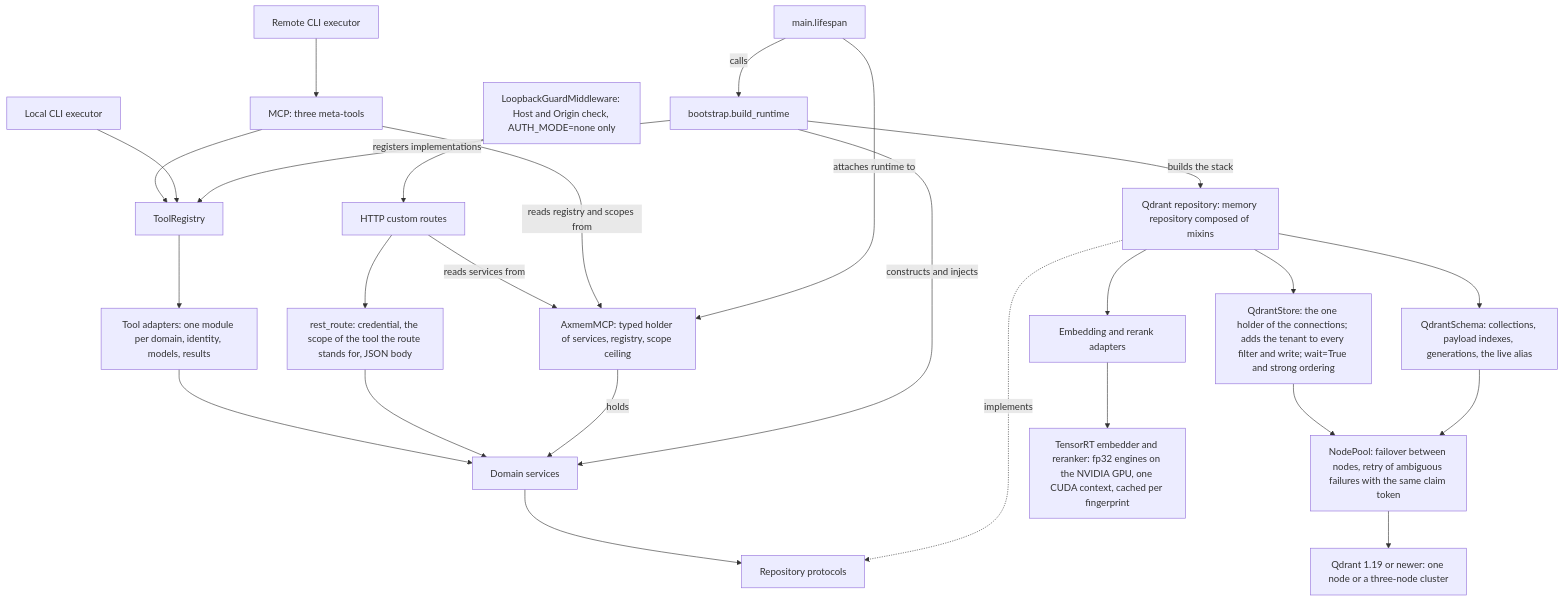
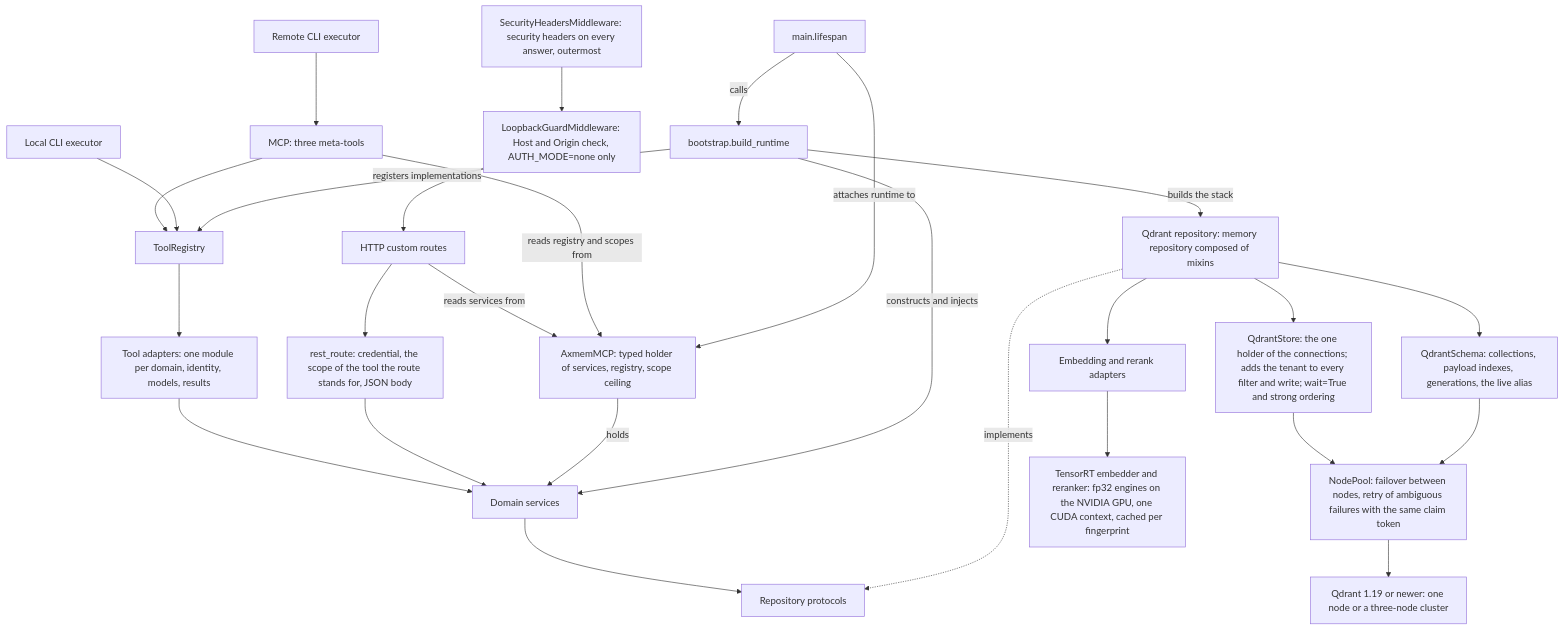
One commit to Axiumine/axmem changed the diagram in architecture.md. Above: the diagram before and after it, drawn with Mermaid. The commit also changed other lines of this file and 616 other files, not shown here.

First line of the commit message:
🤖 feat(security): OpenSSF Scorecard and Best Practices work: security policy, TLS, security headers, SPDX headers, fuzzing, stricter lint

````diff
--- a/architecture.md
+++ b/architecture.md
@@ -35,29 +35,30 @@
 ```mermaid
 flowchart TD
     MCP["MCP: three meta-tools"] --> Registry["ToolRegistry"]
     Local["Local CLI executor"] --> Registry
     Remote["Remote CLI executor"] --> MCP
     Registry --> ToolAdapters["Tool adapters: one module per domain, identity, models, results"]
     ToolAdapters --> Services["Domain services"]
+    Headers["SecurityHeadersMiddleware: security headers on every answer, outermost"] --> Guard
     Guard["LoopbackGuardMiddleware: Host and Origin check, AUTH_MODE=none only"] --> HTTP
     HTTP["HTTP custom routes"] --> Access["rest_route: credential, the scope of the tool the route stands for, JSON body"]
     Access --> Services
     Server["AxmemMCP: typed holder of services, registry, scope ceiling"]
     HTTP -->|reads services from| Server
     MCP -->|reads registry and scopes from| Server
     Server -->|holds| Services
     Services --> Contracts["Repository protocols"]
     Qdrant["Qdrant repository: memory repository composed of mixins"] -. implements .-> Contracts
     Qdrant --> Store["QdrantStore: the one holder of the connections; adds the tenant to every filter and write; wait=True and strong ordering"]
     Qdrant --> Schema["QdrantSchema: collections, payload indexes, generations, the live alias"]
     Store --> Pool["NodePool: failover between nodes, retry of ambiguous failures with the same claim token"]
     Schema --> Pool
     Pool --> QdrantDB["Qdrant 1.19 or newer: one node or a three-node cluster"]
     Qdrant --> Providers["Embedding and rerank adapters"]
     Providers --> TensorRT["TensorRT embedder and reranker: fp32 engines on the NVIDIA GPU, one CUDA context, cached per fingerprint"]
     Lifespan["main.lifespan"] -->|calls| Bootstrap["bootstrap.build_runtime"]
     Lifespan -->|attaches runtime to| Server
     Bootstrap -->|constructs and injects| Services
     Bootstrap -->|registers implementations| Registry
     Bootstrap -->|builds the stack| Qdrant
 ```
````
